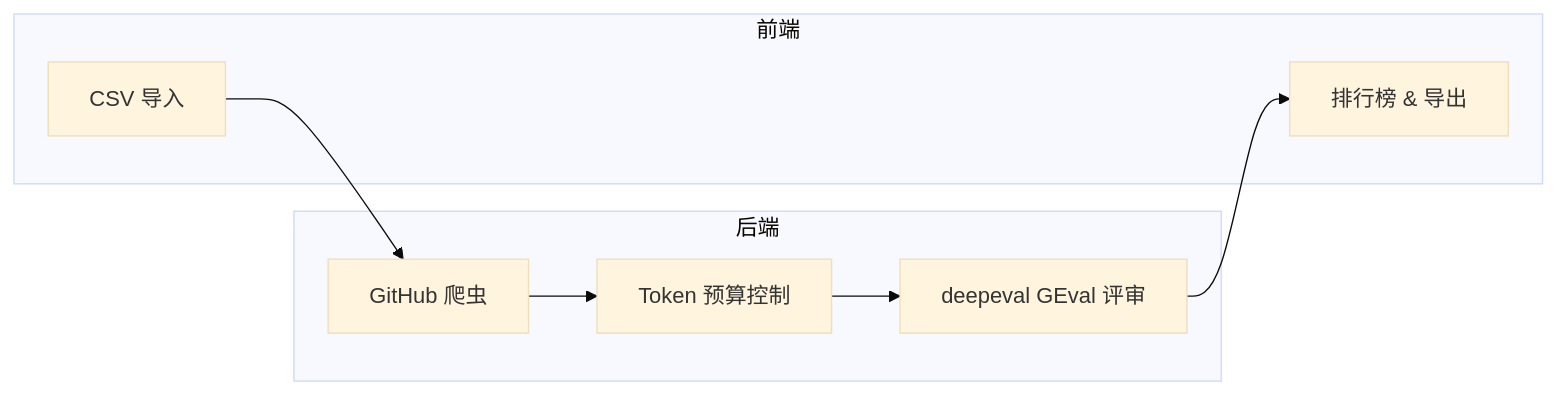
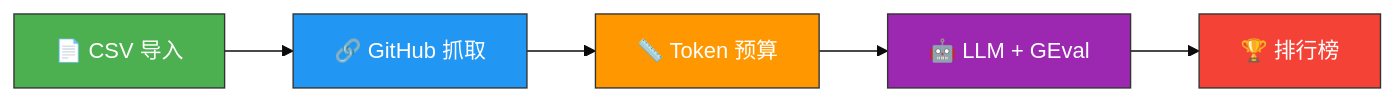
Before and after one commit to ZhanlinCui/Hackathon-Auto-Judge: the diagram in README_CN.md, drawn with Mermaid (base theme). The commit also changed other lines of this file and 1 other file, not shown here.

````diff
--- a/README_CN.md
+++ b/README_CN.md
@@ -9,18 +82,13 @@
 ```mermaid
 graph LR
-    A[CSV 导入] --> B[GitHub 爬虫]
-    B --> C[Token 预算控制]
-    C --> D[deepeval GEval 评审]
-    D --> E[排行榜 & 导出]
-
-    subgraph 后端
-        B
-        C
-        D
-    end
-
-    subgraph 前端
-        A
-        E
-    end
+    A["📄 CSV 导入"] --> B["🔗 GitHub 抓取"]
+    B --> C["📏 Token 预算"]
+    C --> D["🤖 LLM + GEval"]
+    D --> E["🏆 排行榜"]
+    
+    style A fill:#4CAF50,stroke:#333,color:#fff
+    style B fill:#2196F3,stroke:#333,color:#fff
+    style C fill:#FF9800,stroke:#333,color:#fff
+    style D fill:#9C27B0,stroke:#333,color:#fff
+    style E fill:#F44336,stroke:#333,color:#fff
 ```
````
